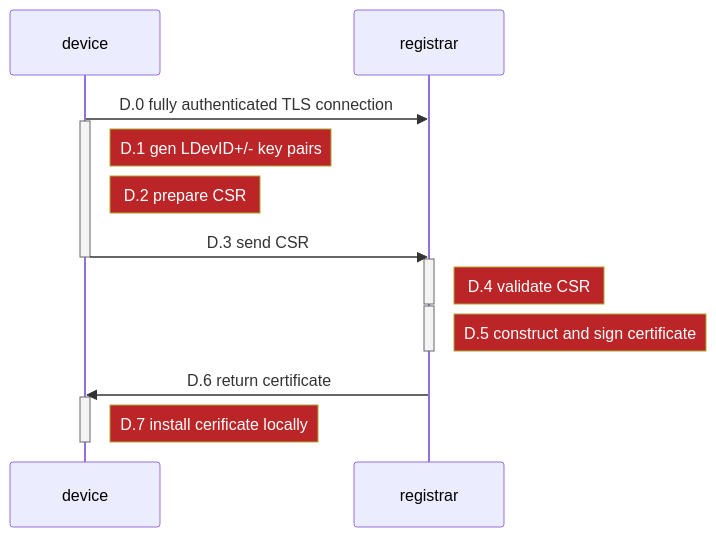
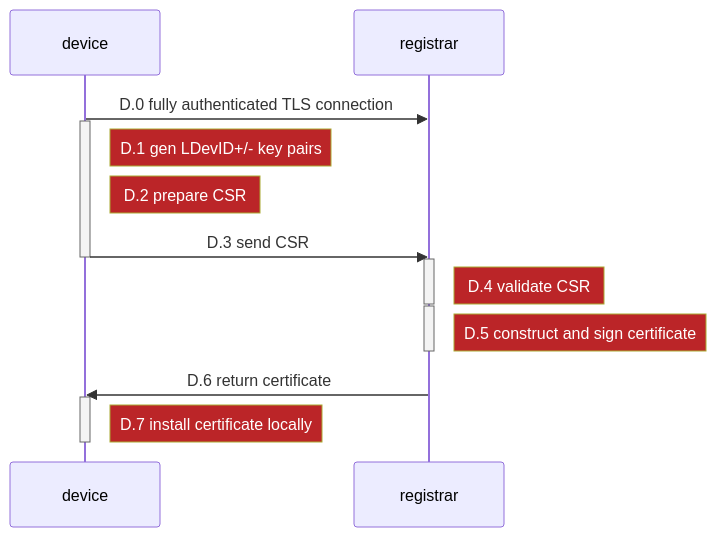
Before and after one commit to nqminds/trustnetz: the fourth of 6 diagrams in packages/docusaurus/docs/build5-docs/20-prot-overview.md, drawn with Mermaid. The commit also changed other lines of this file and 11 other files, not shown here.

````diff
--- a/packages/docusaurus/docs/build5-docs/20-prot-overview.md
+++ b/packages/docusaurus/docs/build5-docs/20-prot-overview.md
@@ -273,42 +273,42 @@
 ```mermaid
   %%{init: {
     'themeVariables': {
       'noteBkgColor': '#BB2528',
       'noteTextColor': '#fff'
     }
   }
 }%%
 
 %%{init:{'themeCSS': 'g:nth-of-type(1) .note { stroke:blue;fill: crimson; }; ' }}%%
  
     
 sequenceDiagram
     participant device
     participant registrar
  
     device->>registrar: D.0 fully authenticated TLS connection 
     activate device 
     Note right of device: D.1 gen LDevID+/- key pairs
     Note right of device: D.2 prepare CSR
     device->>-registrar: D.3 send CSR
   
   	activate registrar    
     Note right of registrar: D.4 validate CSR
     deactivate registrar
     
     activate registrar
     Note right of registrar: D.5 construct and sign certificate
     deactivate registrar
 
     
     
  	registrar->>device : D.6 return certificate
 
     
     activate device 
-    Note right of device: D.7 install cerificate locally 
+    Note right of device: D.7 install certificate locally 
     deactivate device 
         
     
 
 ```
````
